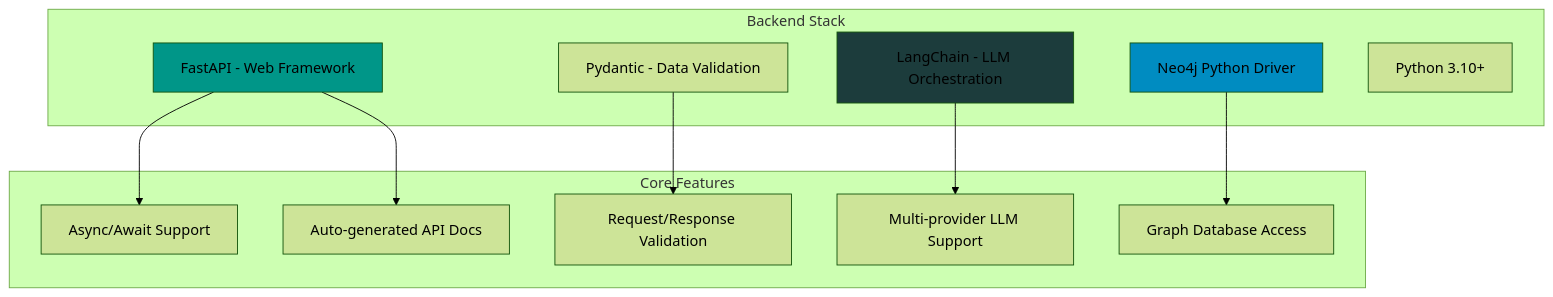
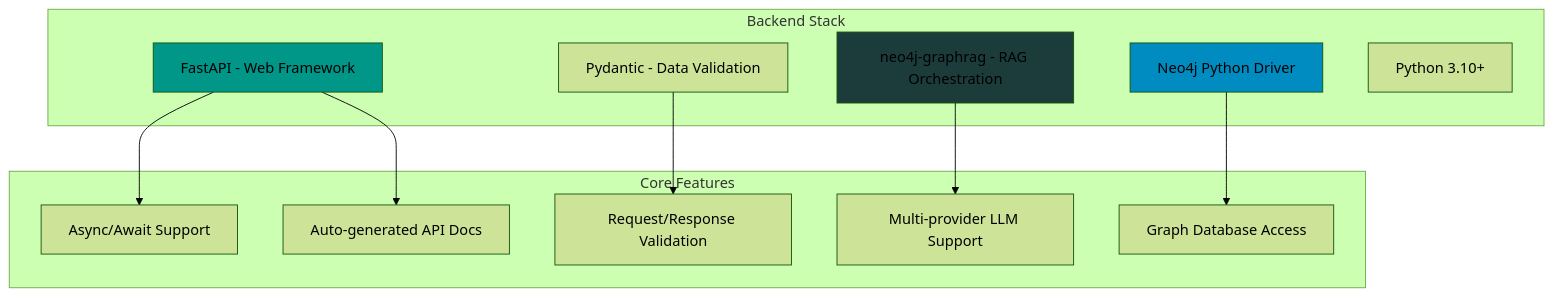
Before and after one commit to sairamreddy77/Investigraph: the fifth of 12 diagrams in docs/ARCHITECTURE.md, drawn with Mermaid (forest theme). The commit also changed other lines of this file and 6 other files, not shown here.

````diff
--- a/docs/ARCHITECTURE.md
+++ b/docs/ARCHITECTURE.md
@@ -289,28 +280,28 @@
 ```mermaid
 graph TB
     subgraph "Backend Stack"
         FastAPI[FastAPI - Web Framework]
         Pydantic[Pydantic - Data Validation]
-        LangChain[LangChain - LLM Orchestration]
+        NeoGraphRAG[neo4j-graphrag - RAG Orchestration]
         Neo4jDriver[Neo4j Python Driver]
         Python[Python 3.10+]
     end
 
     subgraph "Core Features"
         AsyncIO[Async/Await Support]
         AutoDocs[Auto-generated API Docs]
         DataValidation[Request/Response Validation]
         LLMAbstraction[Multi-provider LLM Support]
         GraphAccess[Graph Database Access]
     end
 
     FastAPI --> AsyncIO
     FastAPI --> AutoDocs
     Pydantic --> DataValidation
-    LangChain --> LLMAbstraction
+    NeoGraphRAG --> LLMAbstraction
     Neo4jDriver --> GraphAccess
 
     style FastAPI fill:#009688
-    style LangChain fill:#1c3c3c
+    style NeoGraphRAG fill:#1c3c3c
     style Neo4jDriver fill:#008cc1
 ```
````
